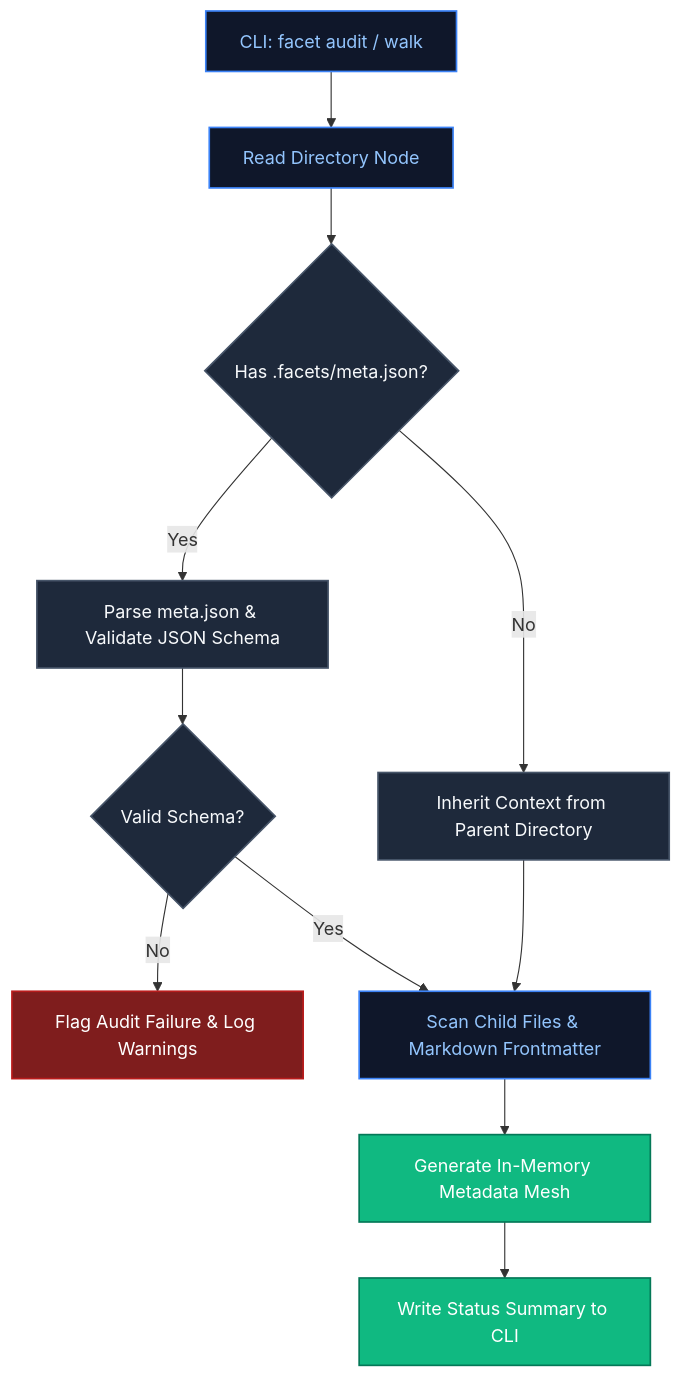
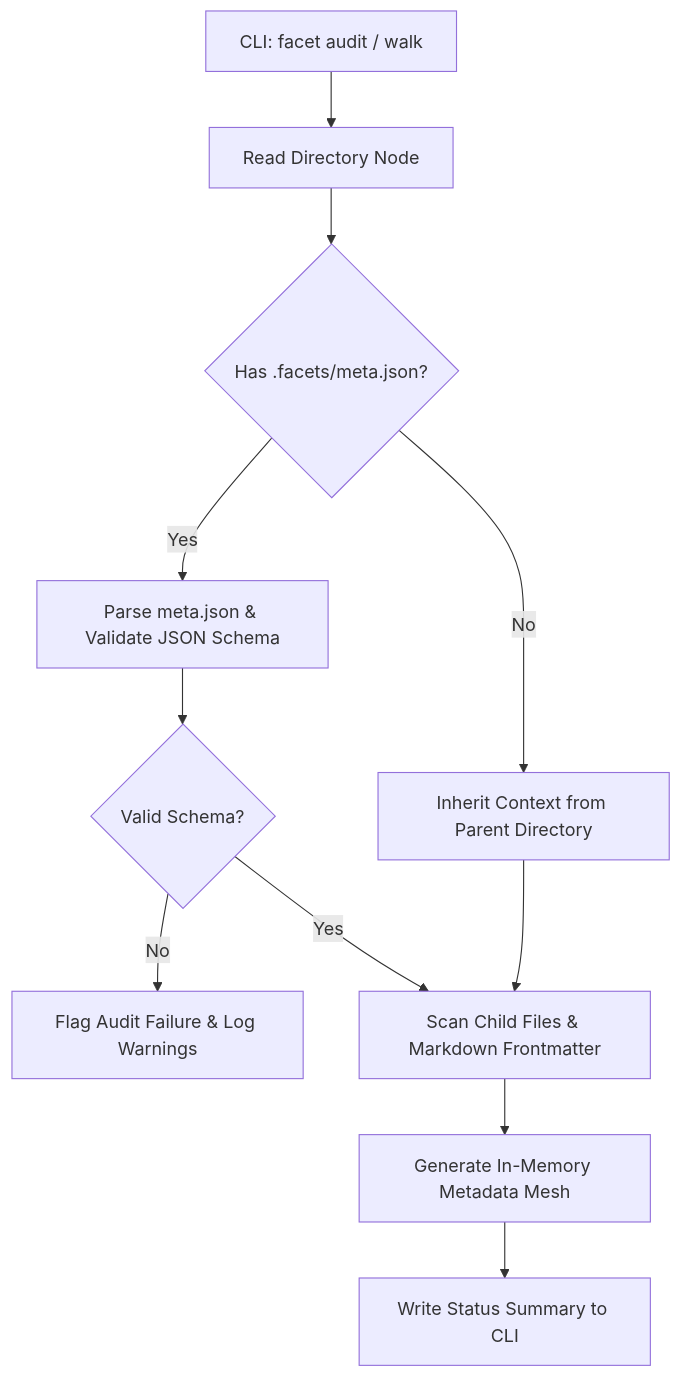
One commit to master5d/NAUTILUS changed the diagram in docs/whitepaper/chapters/enerv.md. Above: the diagram before and after it, drawn with Mermaid. The commit also changed 6 other files, not shown here.

First line of the commit message:
docs: Refactor Mermaid diagrams for GitBook and GitHub Pages compatibility

````diff
--- a/docs/whitepaper/chapters/enerv.md
+++ b/docs/whitepaper/chapters/enerv.md
@@ -5,36 +5,29 @@
 ```mermaid
-graph TD
-    %% Styling
-    classDef Scan fill:#0f172a,stroke:#3b82f6,stroke-width:1.5px,color:#93c5fd;
-    classDef Logic fill:#1e293b,stroke:#475569,stroke-width:1.5px,color:#f8fafc;
-    classDef Output fill:#10b981,stroke:#047857,stroke-width:1.5px,color:#fff;
-    classDef Alert fill:#7f1d1d,stroke:#b91c1c,stroke-width:1.5px,color:#fff;
-
-    %% Nodes
-    Start[CLI: facet audit / walk]:::Scan
-    ReadDir[Read Directory Node]:::Scan
-    CheckMeta{Has .facets/meta.json?}:::Logic
+flowchart TD
+    Start[CLI: facet audit / walk]
+    ReadDir[Read Directory Node]
+    CheckMeta{Has .facets/meta.json?}
     
-    InheritMeta[Inherit Context from Parent Directory]:::Logic
-    ParseMeta[Parse meta.json & Validate JSON Schema]:::Logic
+    InheritMeta[Inherit Context from Parent Directory]
+    ParseMeta[Parse meta.json & Validate JSON Schema]
     
-    CheckSchema{Valid Schema?}:::Logic
-    SchemaError[Flag Audit Failure & Log Warnings]:::Alert
+    CheckSchema{Valid Schema?}
+    SchemaError[Flag Audit Failure & Log Warnings]
     
-    AuditFiles[Scan Child Files & Markdown Frontmatter]:::Scan
+    AuditFiles[Scan Child Files & Markdown Frontmatter]
     
-    CompileMesh[Generate In-Memory Metadata Mesh]:::Output
-    UpdateRegistry[Write Status Summary to CLI]:::Output
+    CompileMesh[Generate In-Memory Metadata Mesh]
+    UpdateRegistry[Write Status Summary to CLI]
 
     %% Connections
     Start --> ReadDir
     ReadDir --> CheckMeta
     CheckMeta -- No --> InheritMeta
     CheckMeta -- Yes --> ParseMeta
     ParseMeta --> CheckSchema
     CheckSchema -- No --> SchemaError
     CheckSchema -- Yes --> AuditFiles
     InheritMeta --> AuditFiles
     AuditFiles --> CompileMesh
     CompileMesh --> UpdateRegistry
 ```
````
